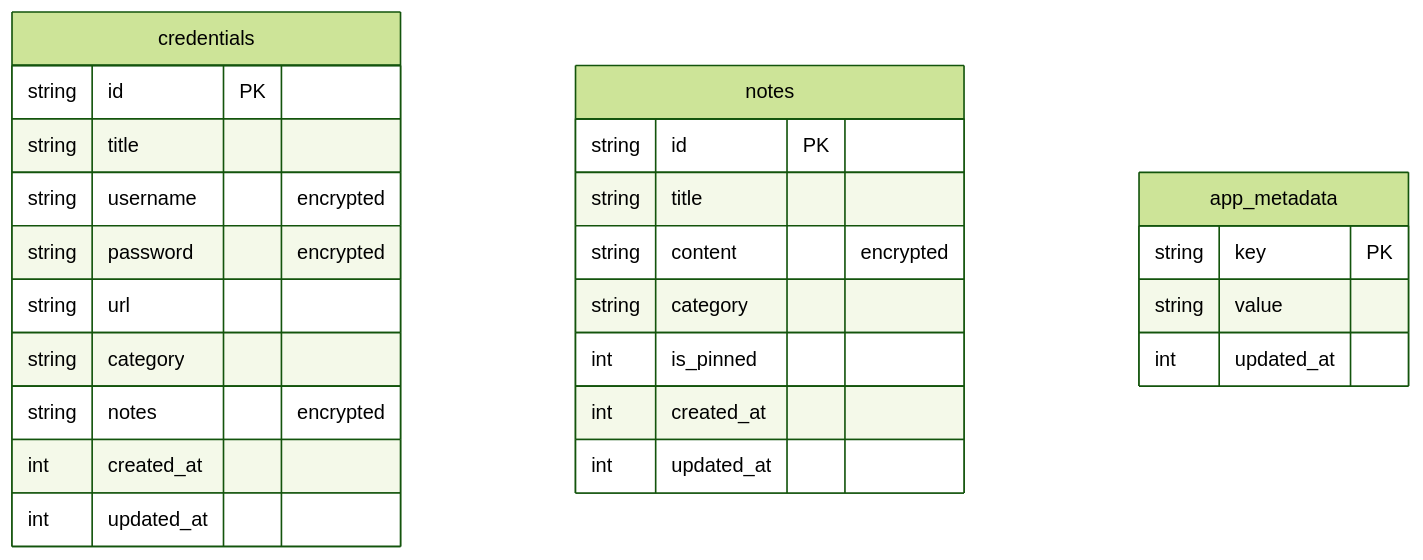
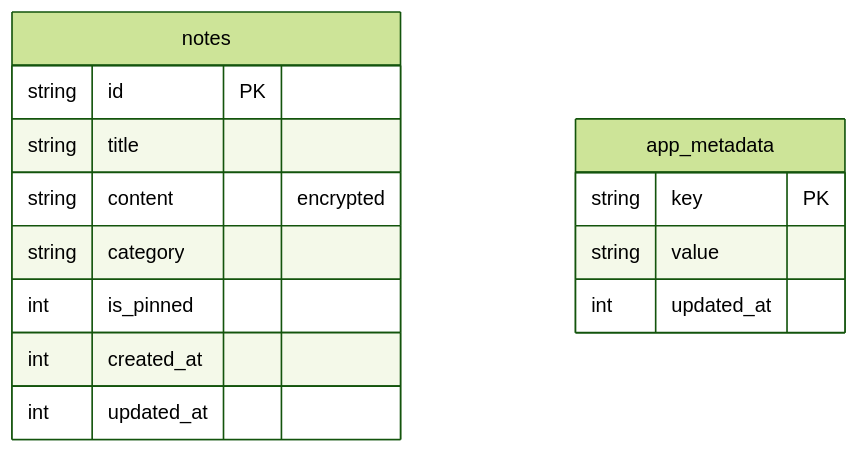
Before and after one commit to AbdurRouf05/offline-vault: the diagram in docs/DATABASE.md, drawn with Mermaid (forest theme). The commit also changed other lines of this file and 5 other files, not shown here.

````diff
--- a/docs/DATABASE.md
+++ b/docs/DATABASE.md
@@ -16,30 +16,18 @@
 ```mermaid
 erDiagram
-  credentials {
-    string id PK
-    string title
-    string username "encrypted"
-    string password "encrypted"
-    string url
-    string category
-    string notes "encrypted"
-    int created_at
-    int updated_at
-  }
-
   notes {
     string id PK
     string title
     string content "encrypted"
     string category
     int is_pinned
     int created_at
     int updated_at
   }
 
   app_metadata {
     string key PK
     string value
     int updated_at
   }
 ```
````
